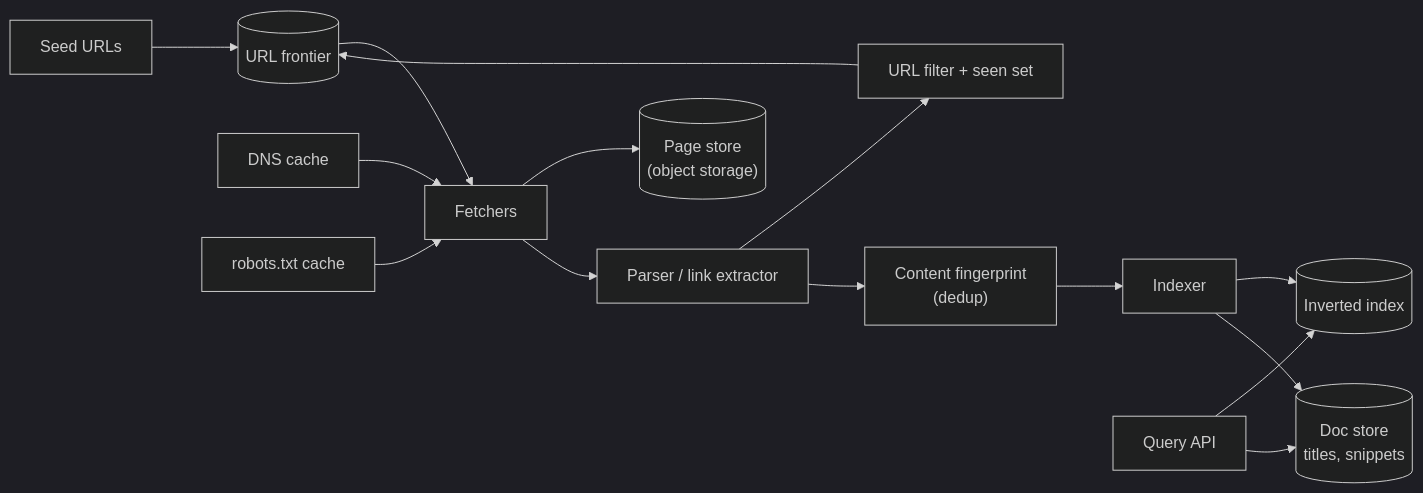
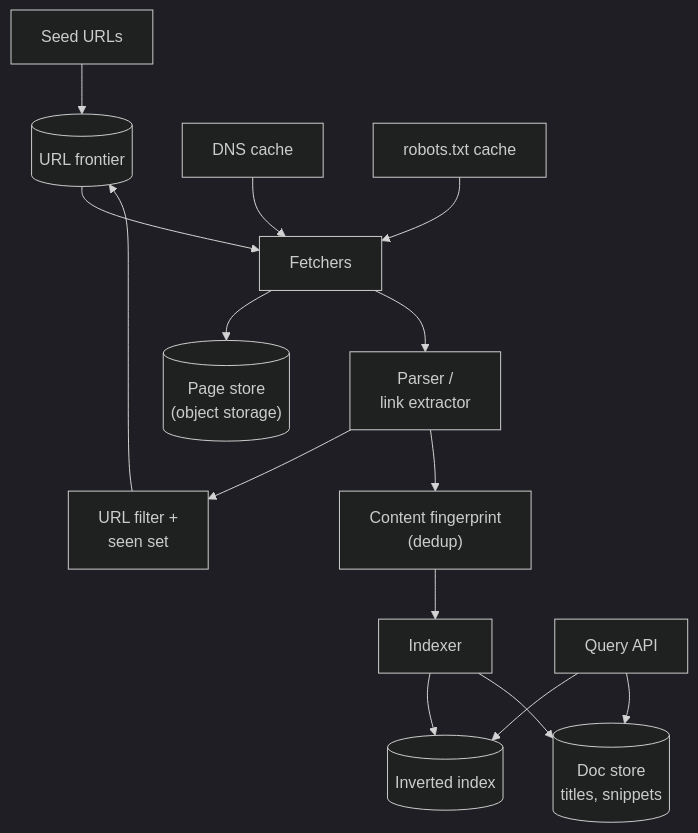
One commit to butyavk/system-design changed the first of 3 diagrams in src/content/docs/practice/web-crawler.mdx. Above: the diagram before and after it, drawn with Mermaid (dark theme). The commit also changed other lines of this file and 144 other files, not shown here.

````diff
--- a/src/content/docs/practice/web-crawler.mdx
+++ b/src/content/docs/practice/web-crawler.mdx
@@ -69,17 +69,17 @@
 ```mermaid
-flowchart LR
+flowchart TB
   seeds["Seed URLs"] --> frontier[("URL frontier")]
   frontier --> fetcher["Fetchers"]
   dns["DNS cache"] --> fetcher
   robots["robots.txt cache"] --> fetcher
   fetcher --> store[("Page store<br/>(object storage)")]
-  fetcher --> parser["Parser / link extractor"]
-  parser --> dedup["URL filter + seen set"]
+  fetcher --> parser["Parser /<br/>link extractor"]
+  parser --> dedup["URL filter +<br/>seen set"]
   dedup --> frontier
   parser --> content["Content fingerprint<br/>(dedup)"]
   content --> indexer["Indexer"]
   indexer --> index[("Inverted index")]
   indexer --> docs[("Doc store<br/>titles, snippets")]
   query["Query API"] --> index
   query --> docs
 ```
````
